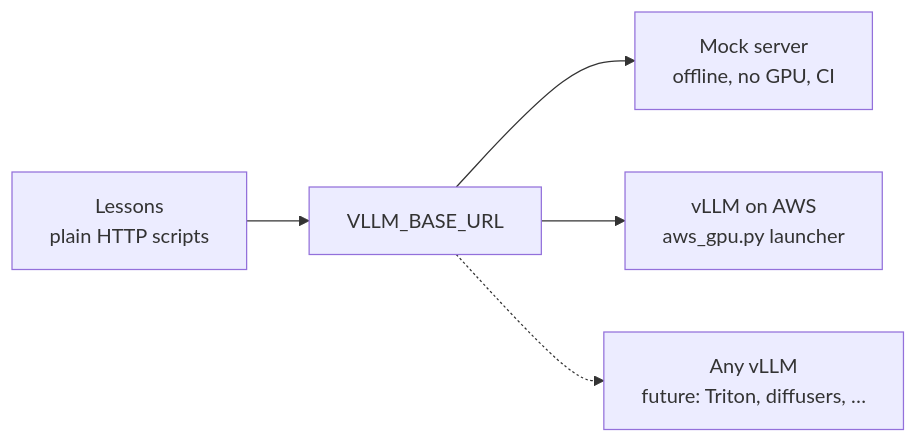
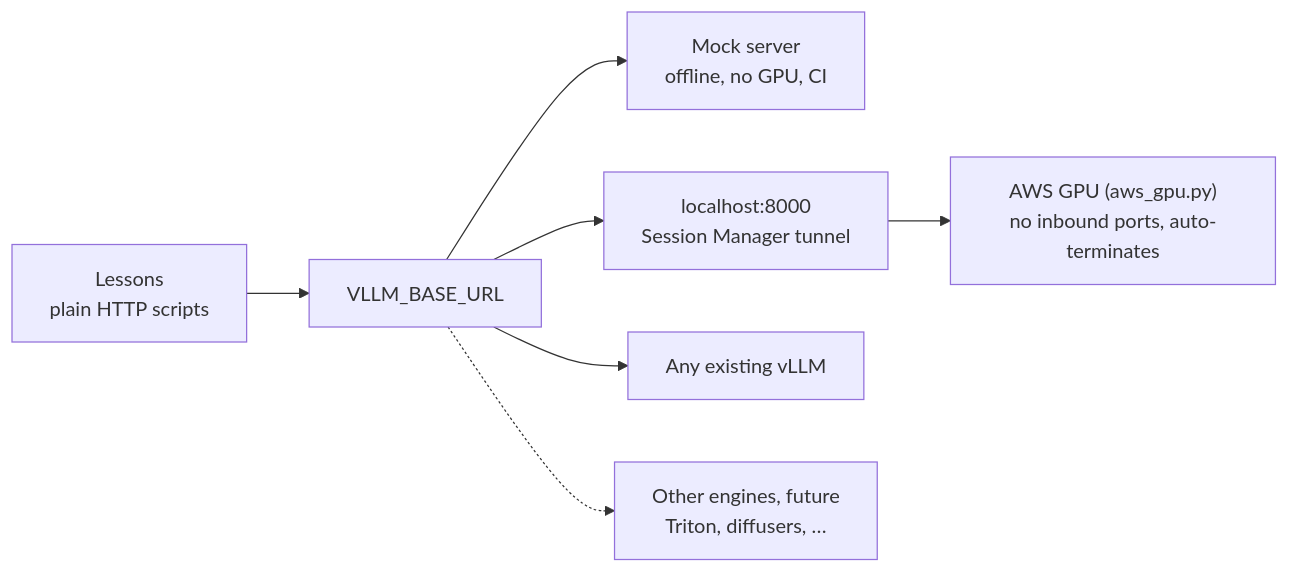
One commit to deeplook/vllm-primer changed the diagram in README.md. Above: the diagram before and after it, drawn with Mermaid. The commit also changed other lines of this file, not shown here.

Commit message:
README: clarify backends in diagram, fix env var typos (#1)
- Split the dashed 'Any vLLM' box into a solid 'Any existing vLLM' route
  and a dashed 'Other engines, future' box.
- Show the AWS route through the Session Manager tunnel on localhost:8000,
  noting no inbound ports and auto-termination.
- Fix VLLM_INSTANT_TYPE -> VLLM_INSTANCE_TYPE and
  VLLM_INSTANT_PROFILE -> VLLM_INSTANCE_PROFILE (the name aws_gpu.py reads).

````diff
--- a/README.md
+++ b/README.md
@@ -31,7 +31,9 @@
 ```mermaid
 flowchart LR
     Lessons["Lessons<br/>plain HTTP scripts"] --> URL["VLLM_BASE_URL"]
     URL --> Mock["Mock server<br/>offline, no GPU, CI"]
-    URL --> AWS["vLLM on AWS<br/>aws_gpu.py launcher"]
-    URL -.-> Future["Any vLLM<br/>future: Triton, diffusers, …"]
+    URL --> Tunnel["localhost:8000<br/>Session Manager tunnel"]
+    Tunnel --> AWS["AWS GPU (aws_gpu.py)<br/>no inbound ports, auto-terminates"]
+    URL --> Existing["Any existing vLLM"]
+    URL -.-> Future["Other engines, future<br/>Triton, diffusers, …"]
 ```
````
